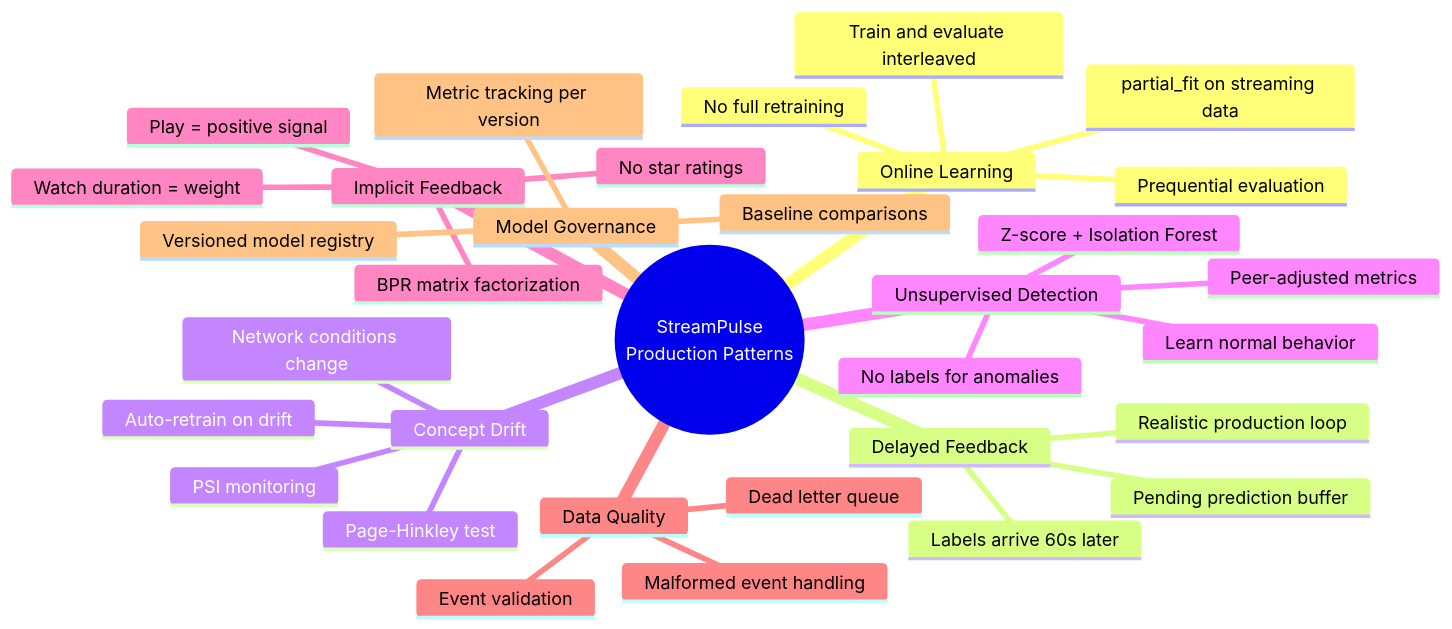
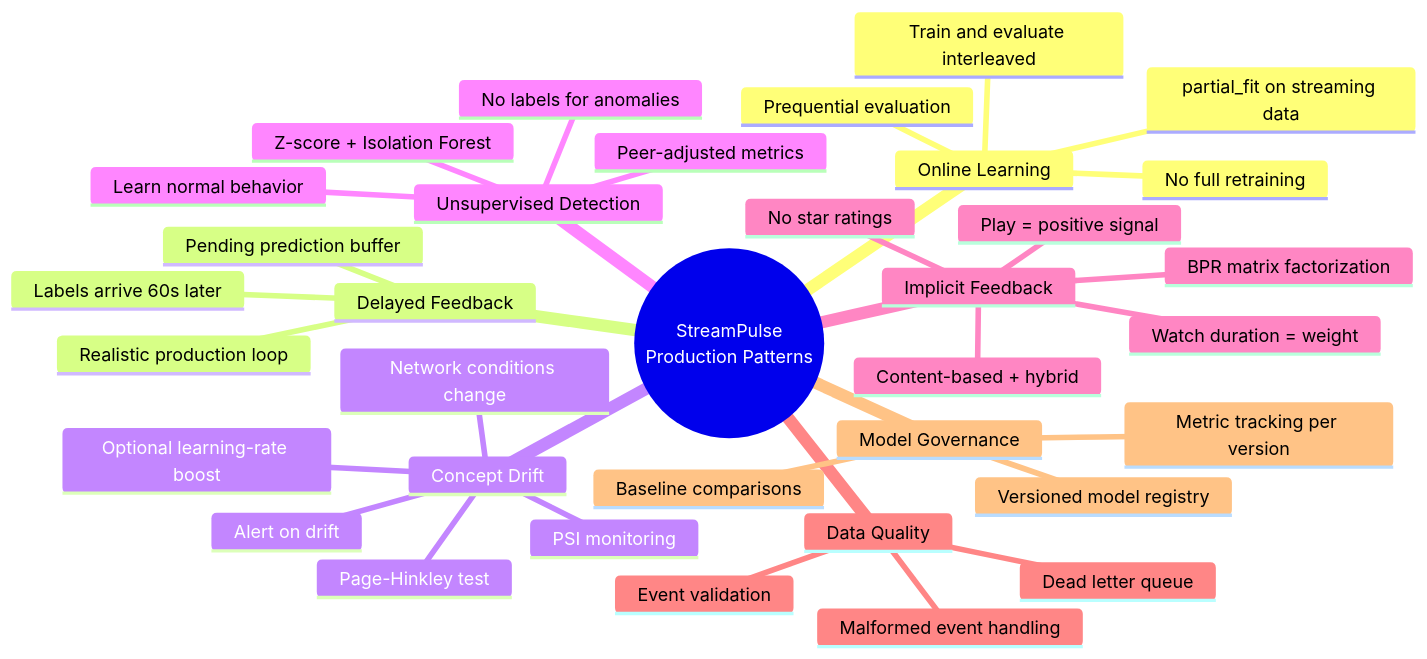
One commit to shashishekhar37/streampulse changed the third of 5 diagrams in docs/architecture.md. Above: the diagram before and after it, drawn with Mermaid. The commit also changed other lines of this file and 1 other file, not shown here.

First line of the commit message:
Fix architecture doc and show_data labels to match the code

````diff
--- a/docs/architecture.md
+++ b/docs/architecture.md
@@ -125,36 +130,38 @@
 ```mermaid
 mindmap
   root((StreamPulse<br/>Production Patterns))
     Online Learning
       partial_fit on streaming data
       No full retraining
       Prequential evaluation
       Train and evaluate interleaved
     Delayed Feedback
       Labels arrive 60s later
       Pending prediction buffer
       Realistic production loop
     Concept Drift
       Page-Hinkley test
       PSI monitoring
-      Auto-retrain on drift
+      Alert on drift
+      Optional learning-rate boost
       Network conditions change
     Unsupervised Detection
       No labels for anomalies
       Learn normal behavior
       Z-score + Isolation Forest
       Peer-adjusted metrics
     Implicit Feedback
       No star ratings
       Play = positive signal
       BPR matrix factorization
+      Content-based + hybrid
       Watch duration = weight
     Data Quality
       Event validation
       Dead letter queue
       Malformed event handling
     Model Governance
       Versioned model registry
       Metric tracking per version
       Baseline comparisons
 ```
````
